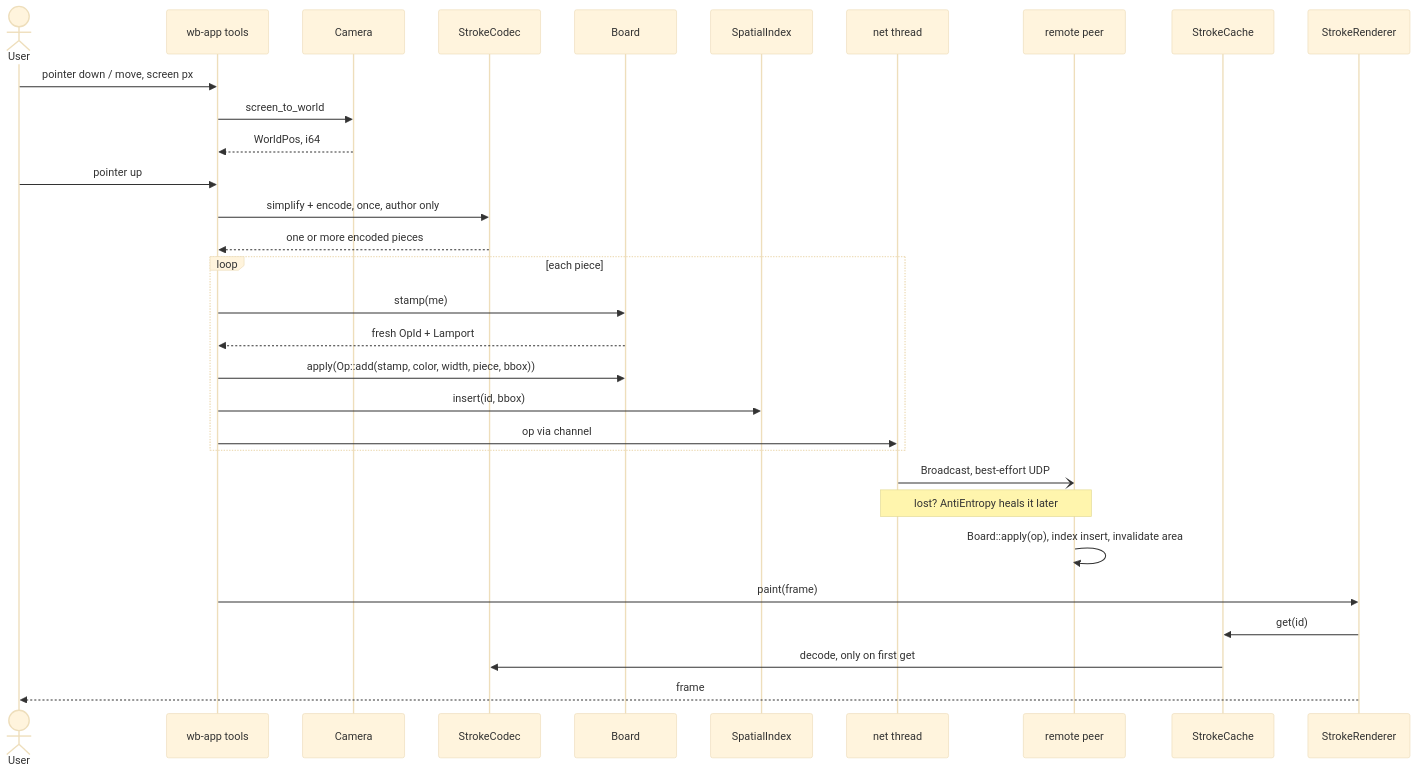
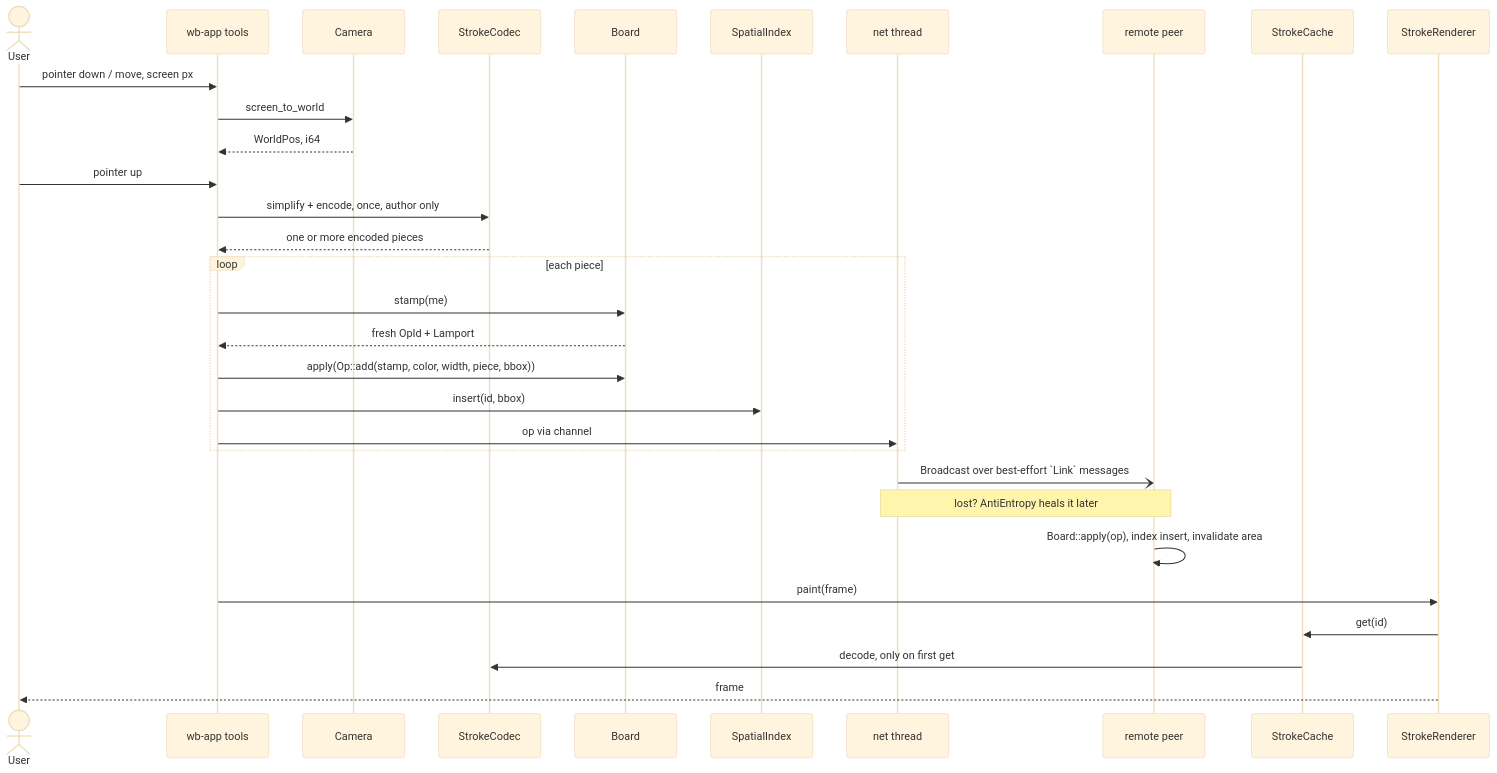
Before and after one commit to Student-Team-Projects/Most-Overkilled-Whiteboard-for-ArchLinux: the diagram in docs/design/stroke-lifecycle.md, drawn with Mermaid (base theme). The commit also changed 28 other files, not shown here.

````diff
--- a/docs/design/stroke-lifecycle.md
+++ b/docs/design/stroke-lifecycle.md
@@ -6,34 +6,34 @@
 ```mermaid
 sequenceDiagram
     actor User
     participant App as wb-app tools
     participant Cam as Camera
     participant Codec as StrokeCodec
     participant Board as Board
     participant Index as SpatialIndex
     participant Net as net thread
     participant Peer as remote peer
     participant Cache as StrokeCache
     participant Rend as StrokeRenderer
 
     User->>App: pointer down / move, screen px
     App->>Cam: screen_to_world
     Cam-->>App: WorldPos, i64
     User->>App: pointer up
     App->>Codec: simplify + encode, once, author only
     Codec-->>App: one or more encoded pieces
     loop each piece
         App->>Board: stamp(me)
         Board-->>App: fresh OpId + Lamport
         App->>Board: apply(Op::add(stamp, color, width, piece, bbox))
         App->>Index: insert(id, bbox)
         App->>Net: op via channel
     end
-    Net-)Peer: Broadcast, best-effort UDP
+    Net-)Peer: Broadcast over best-effort `Link` messages
     Note over Net,Peer: lost? AntiEntropy heals it later
     Peer->>Peer: Board::apply(op), index insert, invalidate area
     App->>Rend: paint(frame)
     Rend->>Cache: get(id)
     Cache->>Codec: decode, only on first get
     Rend-->>User: frame
 ```
````
